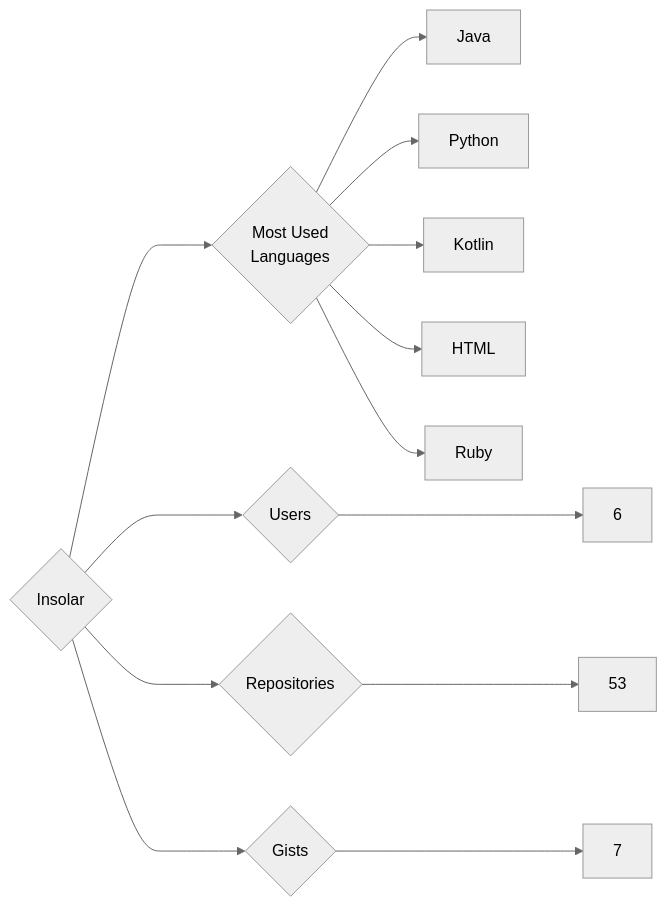
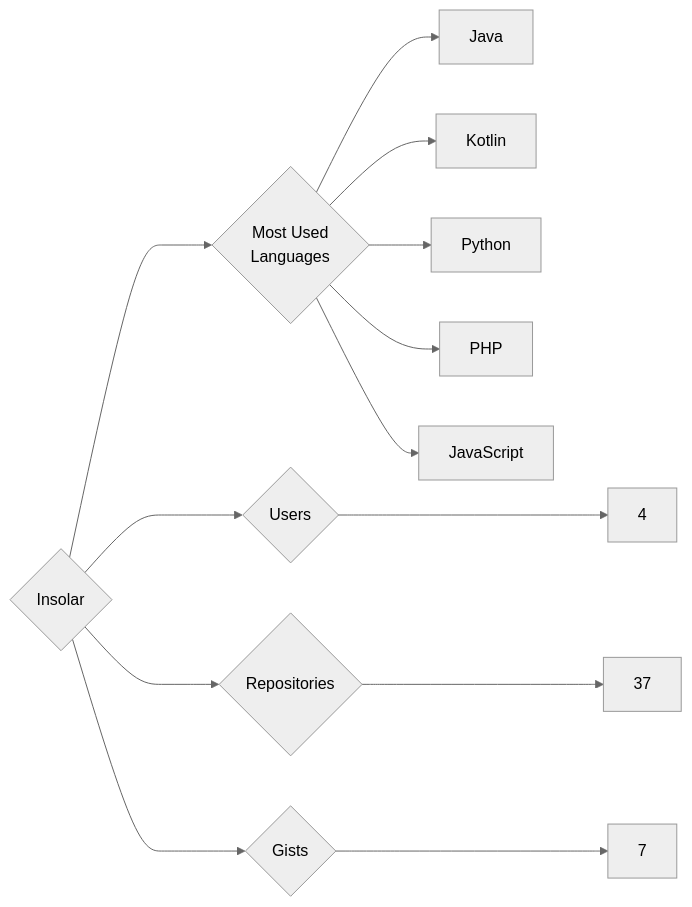
Before and after one commit to trickest/insiders: the diagram in targets/Insolar/README.md, drawn with Mermaid (neutral theme). The commit also changed 750 other files, not shown here.

````diff
--- a/targets/Insolar/README.md
+++ b/targets/Insolar/README.md
@@ -3,13 +3,13 @@
 ```mermaid
 graph LR
 COMPANY_NAME{Insolar}
-COMPANY_NAME ---> U{Users} ---> UN[6]
-COMPANY_NAME ---> R{Repositories} ---> RN[53]
+COMPANY_NAME ---> U{Users} ---> UN[4]
+COMPANY_NAME ---> R{Repositories} ---> RN[37]
 COMPANY_NAME ---> G{Gists} ---> GN[7]
 COMPANY_NAME ---> ML{Most Used<br>Languages}
 ML --> Java[Java]
+ML --> Kotlin[Kotlin]
 ML --> Python[Python]
-ML --> Kotlin[Kotlin]
-ML --> HTML[HTML]
-ML --> Ruby[Ruby]
+ML --> PHP[PHP]
+ML --> JavaScript[JavaScript]
 ```
````
